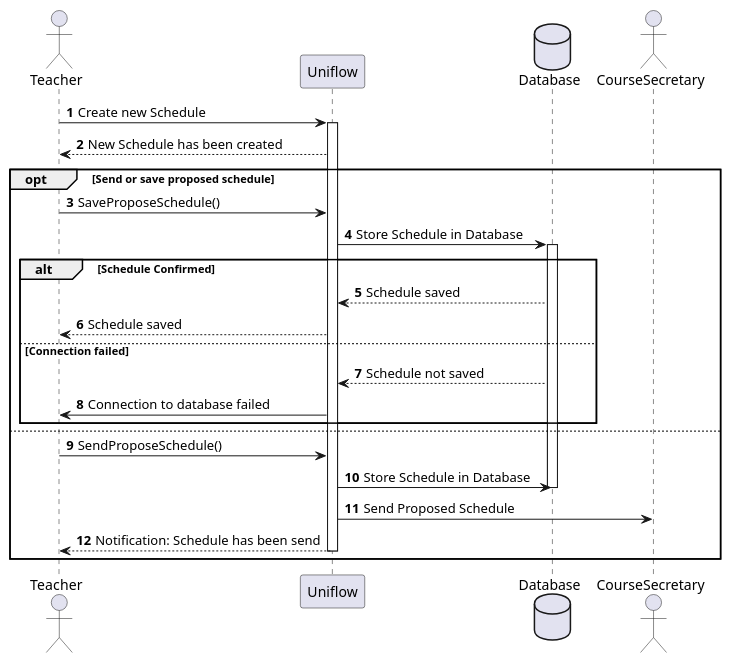
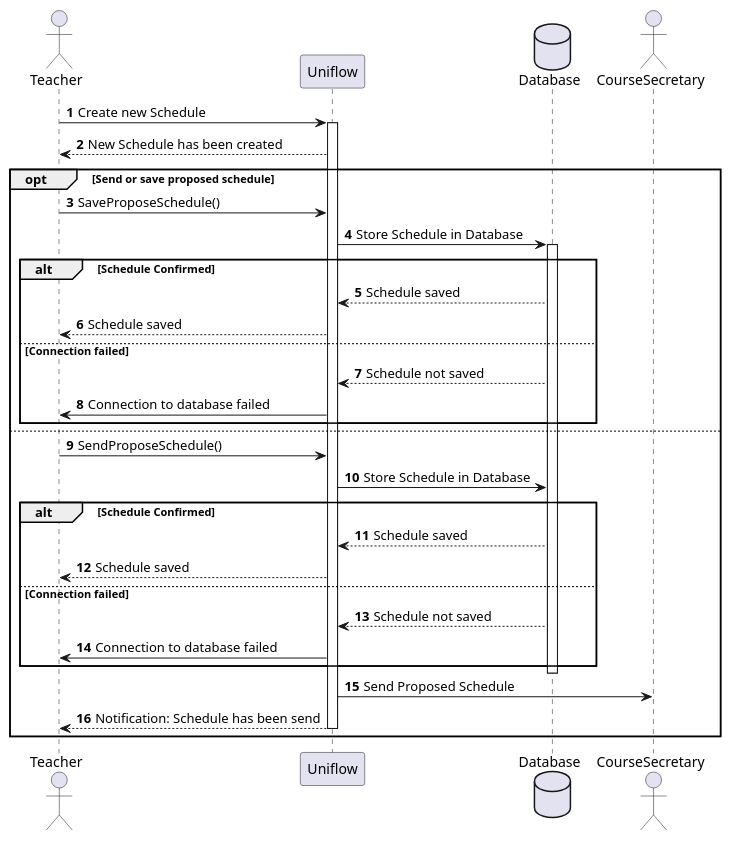
Before and after one commit to frejabauch/Systemudvikling_FSIS: the diagram in Diagrams/SSD.puml, drawn with PlantUML.

Commit message:
updated SSD

```diff
--- a/Diagrams/SSD.puml
+++ b/Diagrams/SSD.puml
@@ -1,62 +1,69 @@
 @startuml Propose schedule
 
 ' autonumber
 ' actor Teacher
 ' Teacher -> System: Login
 
 ' activate System
 ' activate Database
 
 ' System -> Database: Verificer bruger
 ' alt succesfuldt login
 '     Database --> System: Bruger ok
 '     System -> Teacher: Menu
 
 ' else Bruger ikke fundet
 '     Database --> System: Invalid bruger
 '     System -> Teacher: Log ud
 
 ' end
 
 ' Teacher -> System:request course schedule change
 ' activate HR
 ' System -> HR: Request to HR
 ' HR -> System:Answer that request is received
 ' System->Teacher:Show new message in inbox
 
 autonumber
 actor Teacher
 participant Uniflow
 database Database
 actor CourseSecretary
 
 Teacher -> Uniflow : Create new Schedule
 activate Uniflow
 Uniflow --> Teacher : New Schedule has been created
 
 opt Send or save proposed schedule
 Teacher -> Uniflow: SaveProposeSchedule()
 
 Uniflow -> Database: Store Schedule in Database
 activate Database
 
 alt Schedule Confirmed
 Uniflow <-- Database: Schedule saved
 Teacher <-- Uniflow: Schedule saved
 else Connection failed
 Uniflow <-- Database: Schedule not saved
 Teacher <- Uniflow: Connection to database failed
 end
 
 
 else
 Teacher -> Uniflow: SendProposeSchedule()
 Uniflow -> Database: Store Schedule in Database
+alt Schedule Confirmed
+Uniflow <-- Database: Schedule saved
+Teacher <-- Uniflow: Schedule saved
+else Connection failed
+Uniflow <-- Database: Schedule not saved
+Teacher <- Uniflow: Connection to database failed
+end
 deactivate Database
 
 Uniflow -> CourseSecretary: Send Proposed Schedule
 Uniflow --> Teacher : Notification: Schedule has been send
 deactivate Uniflow
 end
 
 @enduml
```
